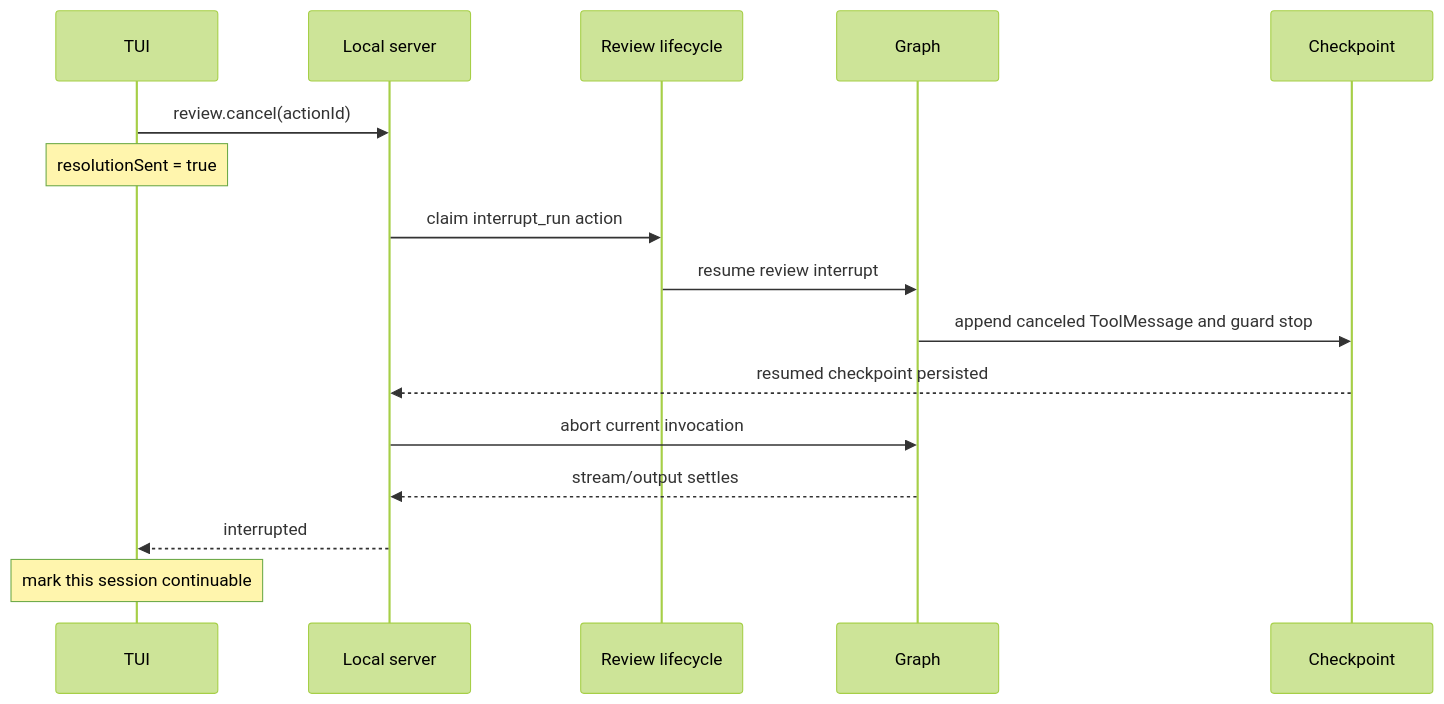
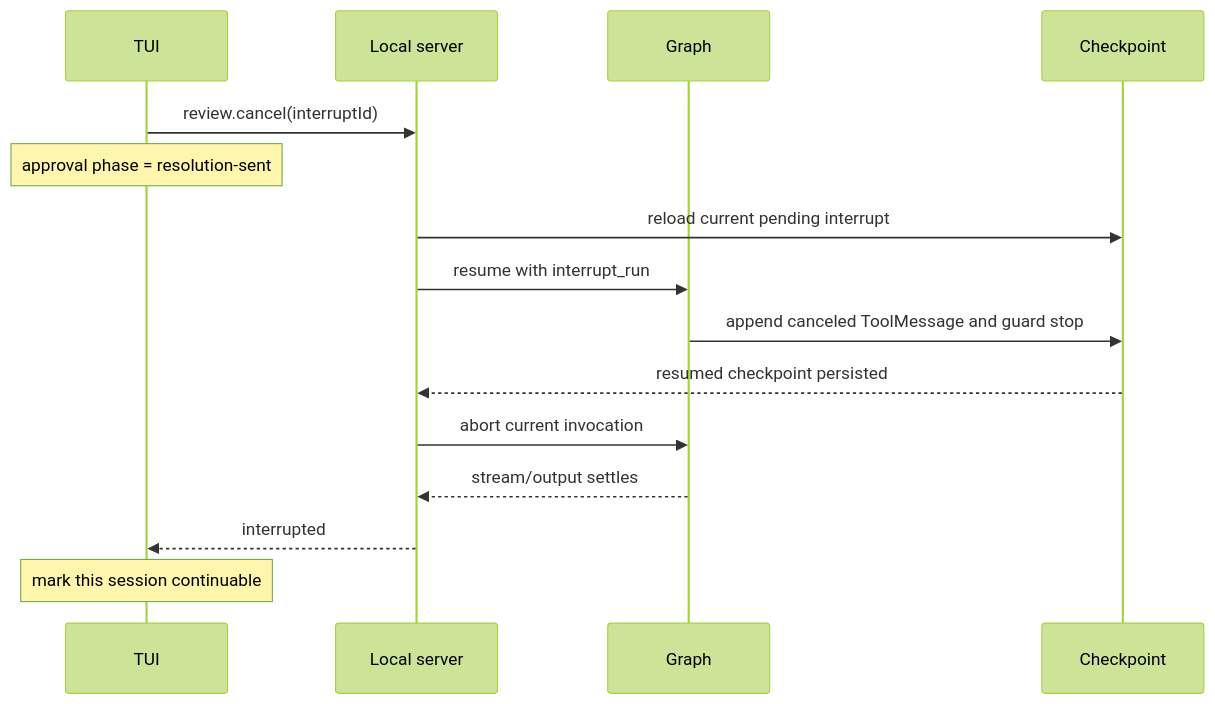
One commit to pinpawo/pinpawo-agent changed the second of 3 diagrams in docs/wiki/interruption-and-delegation-continuation.md. Above: the diagram before and after it, drawn with Mermaid (forest theme). The commit also changed other lines of this file and 88 other files, not shown here.

First line of the commit message:
refactor(review): let the checkpoint own review existence (#682)

````diff
--- a/docs/wiki/interruption-and-delegation-continuation.md
+++ b/docs/wiki/interruption-and-delegation-continuation.md
@@ -110,19 +113,18 @@
 ```mermaid
 sequenceDiagram
     participant TUI
     participant Server as Local server
-    participant Review as Review lifecycle
     participant Graph
     participant Checkpoint
 
-    TUI->>Server: review.cancel(actionId)
-    Note over TUI: resolutionSent = true
-    Server->>Review: claim interrupt_run action
-    Review->>Graph: resume review interrupt
+    TUI->>Server: review.cancel(interruptId)
+    Note over TUI: approval phase = resolution-sent
+    Server->>Checkpoint: reload current pending interrupt
+    Server->>Graph: resume with interrupt_run
     Graph->>Checkpoint: append canceled ToolMessage and guard stop
     Checkpoint-->>Server: resumed checkpoint persisted
     Server->>Graph: abort current invocation
     Graph-->>Server: stream/output settles
     Server-->>TUI: interrupted
     Note over TUI: mark this session continuable
 ```
````
